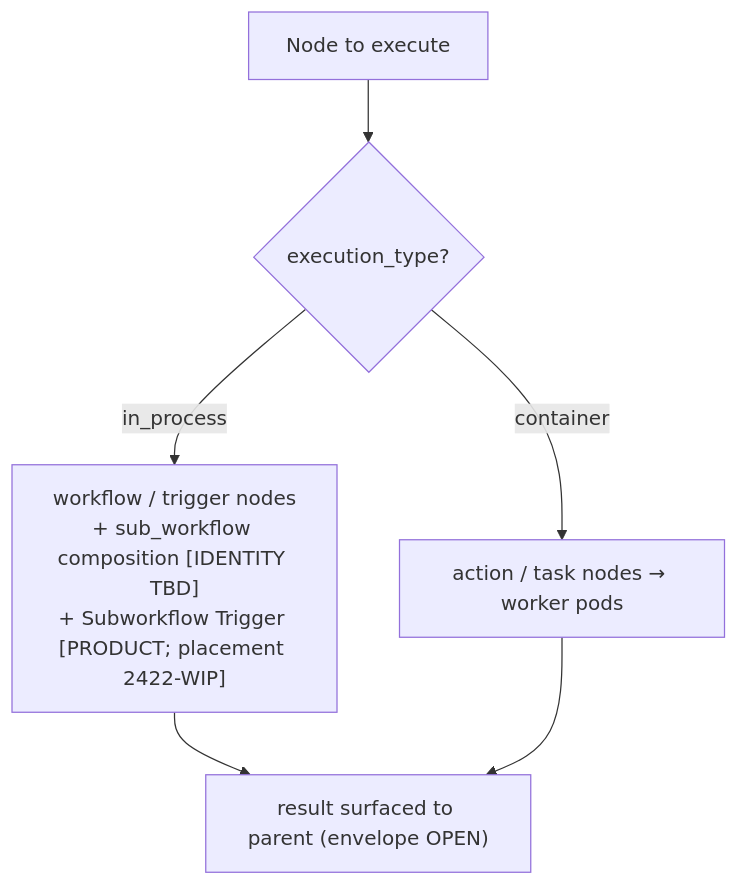
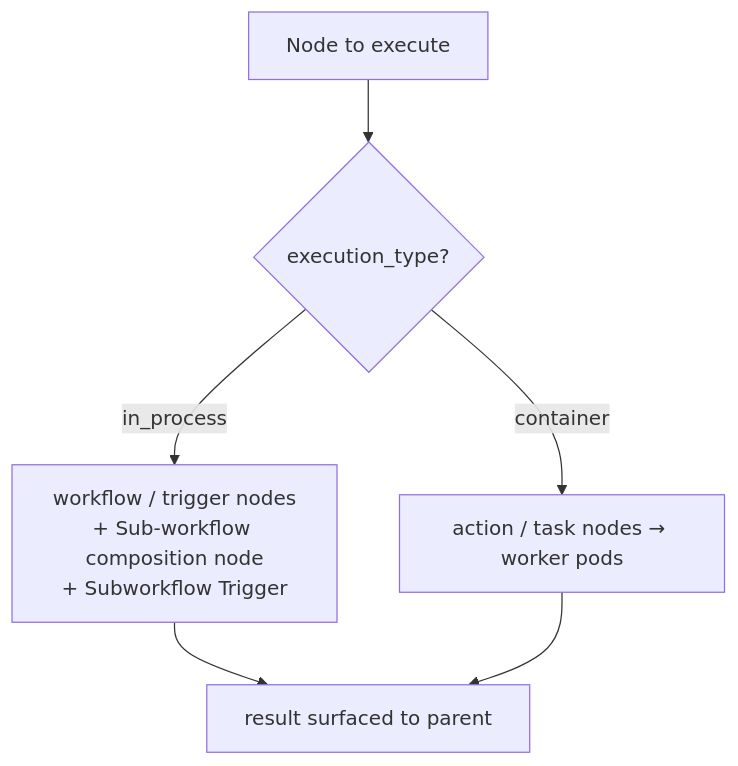
Before and after one commit to rohitthakur2590/syntara: the second of 5 diagrams in backend/docs/workflow-engine/sub-workflow-node.md, drawn with Mermaid. The commit also changed other lines of this file, not shown here.

````diff
--- a/backend/docs/workflow-engine/sub-workflow-node.md
+++ b/backend/docs/workflow-engine/sub-workflow-node.md
@@ -183,8 +51,8 @@
 ```mermaid
 graph TB
     NODE["Node to execute"] --> FORK{"execution_type?"}
-    FORK -->|in_process| INPROC["workflow / trigger nodes<br/>+ sub_workflow composition [IDENTITY TBD]<br/>+ Subworkflow Trigger [PRODUCT; placement 2422-WIP]"]
+    FORK -->|in_process| INPROC["workflow / trigger nodes<br/>+ Sub-workflow composition node<br/>+ Subworkflow Trigger"]
     FORK -->|container| CONT["action / task nodes → worker pods"]
-    INPROC --> R["result surfaced to parent (envelope OPEN)"]
+    INPROC --> R["result surfaced to parent"]
     CONT --> R
 ```
````
